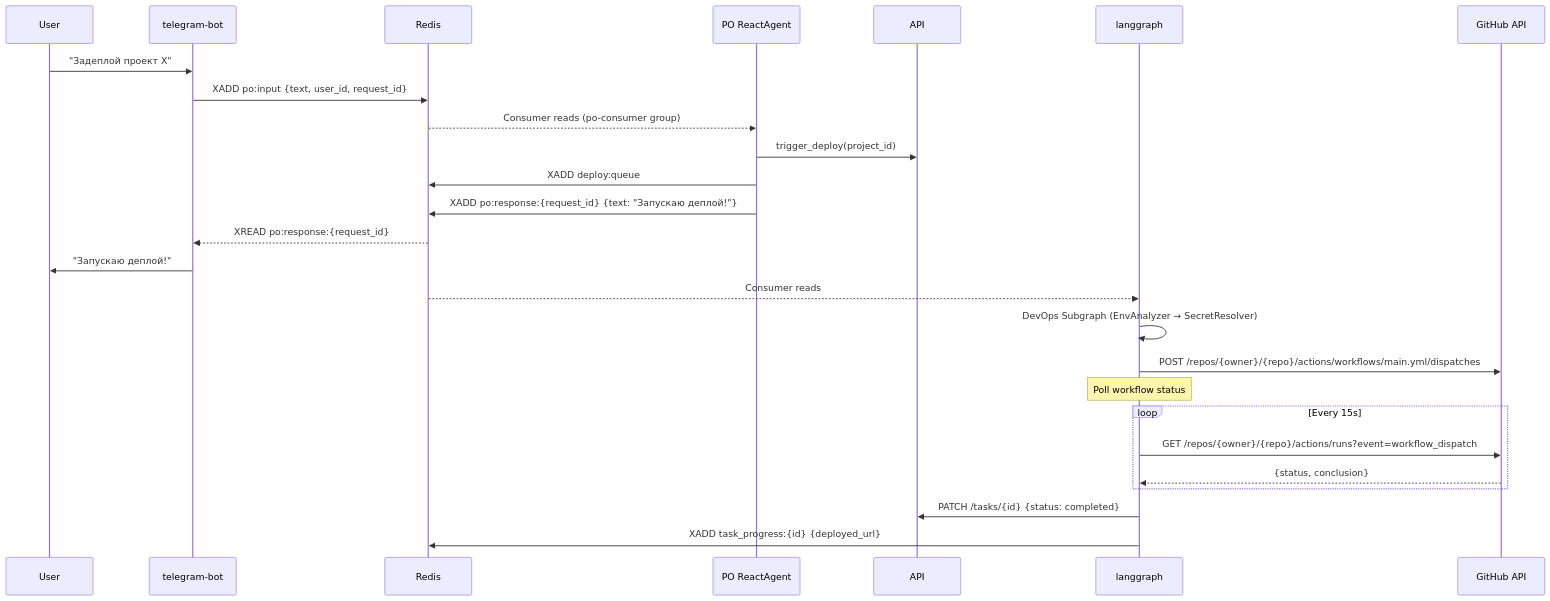
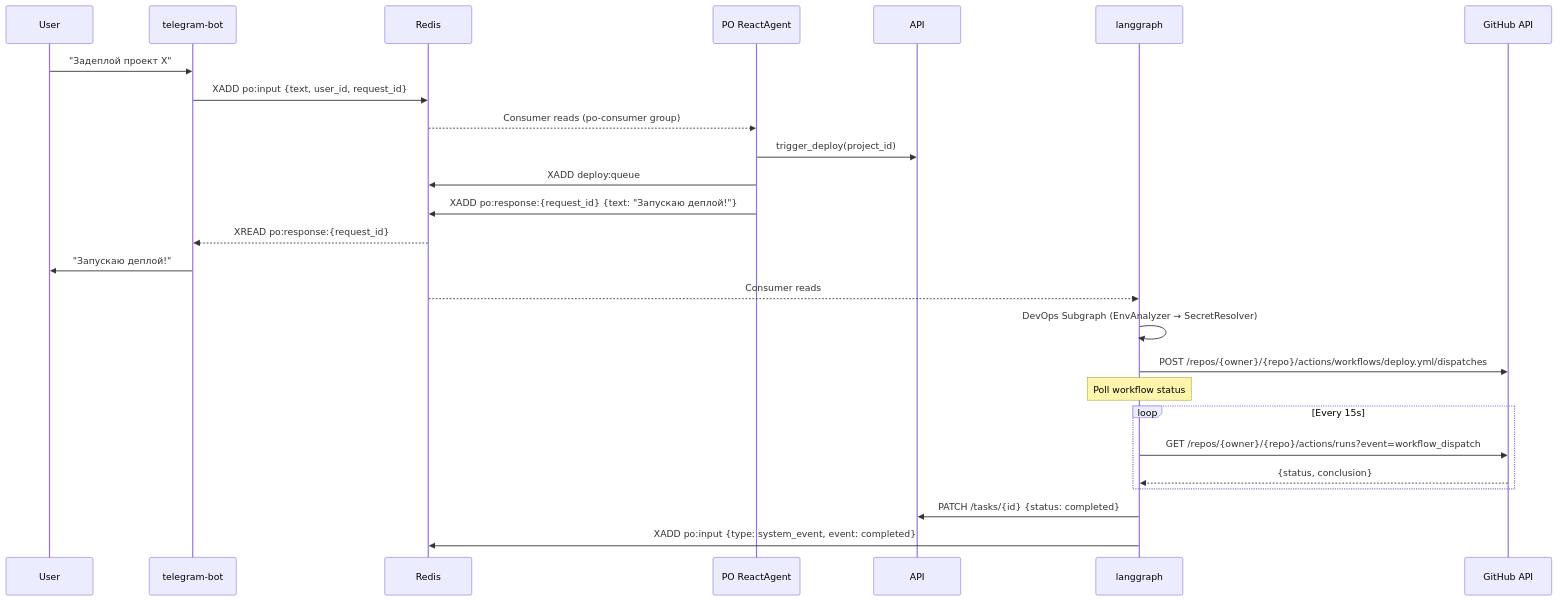
The second of 3 diagrams in docs/CONTRACTS.md (vladmesh/codegen_orchestrator), drawn with Mermaid before and after one commit. The commit also changed other lines of this file and 18 other files, not shown here.

````diff
--- a/docs/CONTRACTS.md
+++ b/docs/CONTRACTS.md
@@ -167,29 +167,29 @@
 ```mermaid
 sequenceDiagram
     participant User
     participant TG as telegram-bot
     participant Redis
     participant PO as PO ReactAgent
     participant API
     participant LG as langgraph
     participant GH as GitHub API
 
     User->>TG: "Задеплой проект X"
     TG->>Redis: XADD po:input {text, user_id, request_id}
     Redis-->>PO: Consumer reads (po-consumer group)
     PO->>API: trigger_deploy(project_id)
     PO->>Redis: XADD deploy:queue
     PO->>Redis: XADD po:response:{request_id} {text: "Запускаю деплой!"}
     Redis-->>TG: XREAD po:response:{request_id}
     TG->>User: "Запускаю деплой!"
     Redis-->>LG: Consumer reads
     LG->>LG: DevOps Subgraph (EnvAnalyzer → SecretResolver)
-    LG->>GH: POST /repos/{owner}/{repo}/actions/workflows/main.yml/dispatches
+    LG->>GH: POST /repos/{owner}/{repo}/actions/workflows/deploy.yml/dispatches
     Note over LG: Poll workflow status
     loop Every 15s
         LG->>GH: GET /repos/{owner}/{repo}/actions/runs?event=workflow_dispatch
         GH-->>LG: {status, conclusion}
     end
     LG->>API: PATCH /tasks/{id} {status: completed}
-    LG->>Redis: XADD task_progress:{id} {deployed_url}
+    LG->>Redis: XADD po:input {type: system_event, event: completed}
 ```
````
